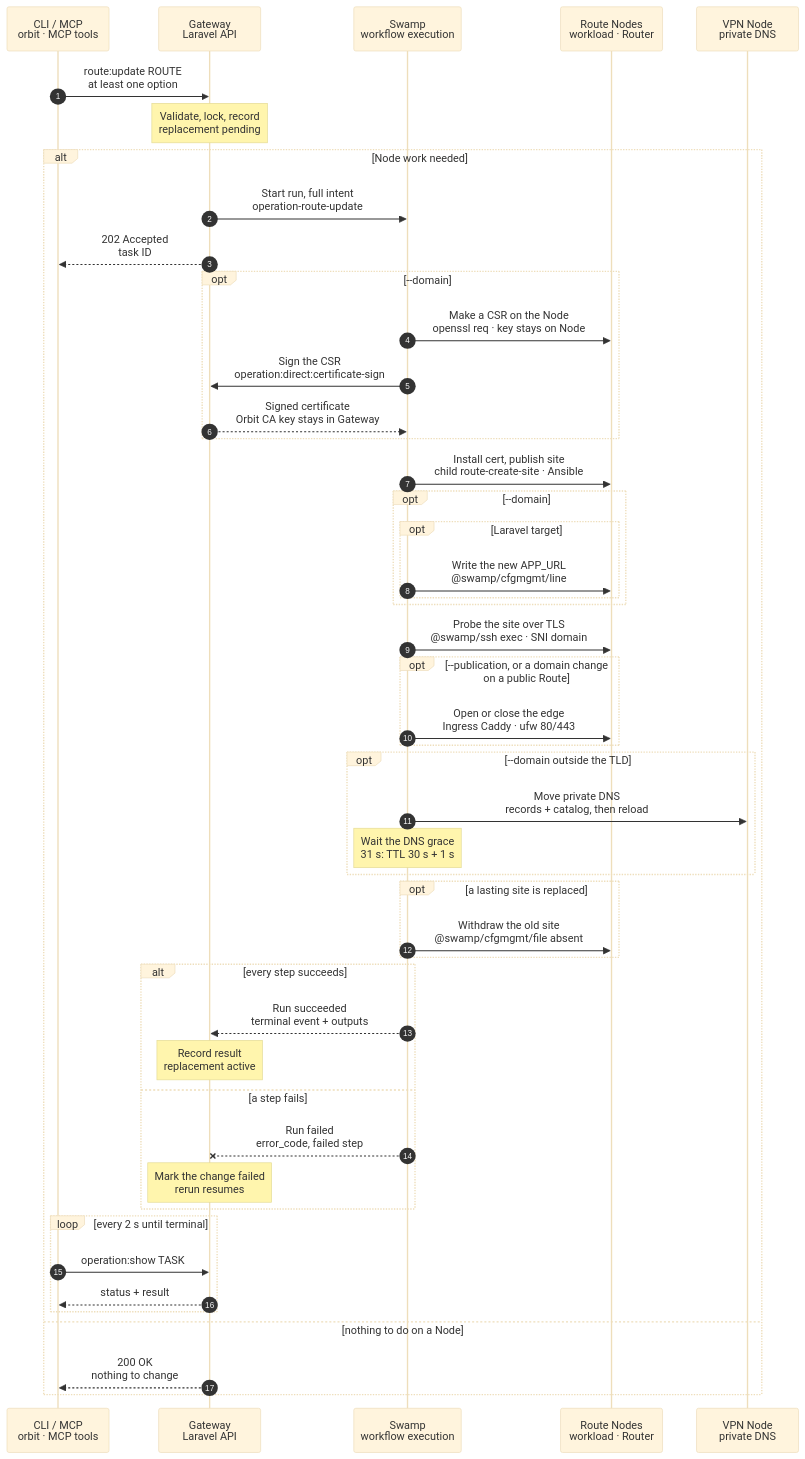
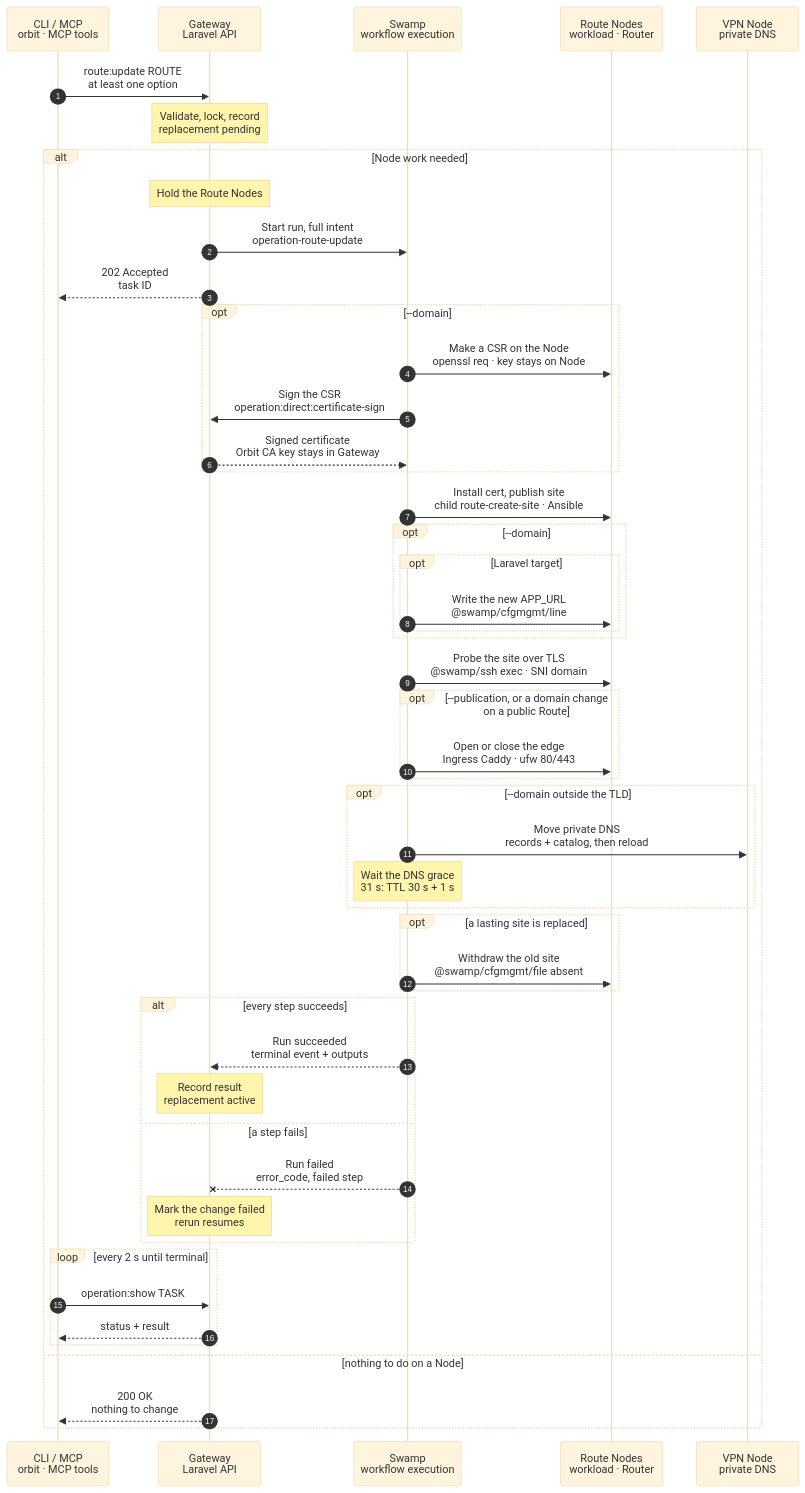
Before and after one commit to hardimpactdev/orbit: the diagram in docs/cli/route/update.mmd, drawn with Mermaid (base theme). The commit also changed 16 other files, not shown here.

First line of the commit message:
feat(routes): the Gateway holds each Route-serving Node from admission to the terminal state

```diff
--- a/docs/cli/route/update.mmd
+++ b/docs/cli/route/update.mmd
@@ -1,102 +1,112 @@
 sequenceDiagram
+  %% Decided by the orchestrator, for Nick's review (2026-11-06): the Gateway holds each Route-serving Node from admission to the terminal state; a second Route write on it waits (docs/reference/routes.md#coordinate-publication).
   %% Target design: ADR 0244 task, one Swamp run, certificate signing is the one step-to-Gateway call. docs/reference/routes.md#change-an-explicit-domain.
   %% Decided by the orchestrator, for Nick's review (2026-11-06): the Node work of the site child is one Ansible phase (see route:create).
   %% status: draft
   %% command: route:update
   %% kind: route.update
   autonumber
   %% lane CLI icon=terminal pill=caller tone=gray
   %% lane GW icon=gateway pill=intent tone=blue
   %% lane SW icon=workflow pill=executes tone=green
   %% lane N icon=server pill=target tone=amber
   %% lane V icon=server pill=target tone=purple
   participant CLI as CLI / MCP<br/>orbit · MCP tools
   participant GW as Gateway<br/>Laravel API
   participant SW as Swamp<br/>workflow execution
   participant N as Route Nodes<br/>workload · Router
   participant V as VPN Node<br/>private DNS
   CLI->>GW: route:update ROUTE<br/>at least one option
   %%> Command:
   %%> - `orbit route:update ROUTE --domain=DOMAIN`
   %%> - syntax: `<route> [--domain=DOMAIN] [--publication=private|public] [--web-root=PATH] [--json]`
   %%> Input:
   %%> - the Route and at least one change; `--web-root` is separate from the others
   %%> Who can call it:
   %%> - the `orbit` CLI and the MCP tool send the same request
   Note over GW: Validate, lock, record<br/>replacement pending
   %%> Requirements:
   %%> - the calling Node has an access grant to the Route's Node, or to any member Node for a Cluster-scoped Route
   %%> - the Route is an app Route (`route.kind_unsupported`); a generated Route cannot change its domain (`route.domain_immutable`); a Route with a web root keeps its domain (`route.web_root_domain_immutable`)
   %%> - the new domain is free and not reserved (`route.domain_conflict`), and no other domain change runs (`route.domain_change_conflict`)
   %%> - public publication needs production targets (`route.reconciliation_required`)
   %%> - no other operation holds the projection lock; Orbit waits up to 30 seconds, then refuses with `app-dev.projection_busy`
   %%> Result:
   %%> - a domain change records a replacement Route as `pending`; the current Route stays authoritative until the cutover
   alt Node work needed
+    Note over GW: Hold the Route Nodes
+    %%> What it does:
+    %%> - holds each Node that serves this Route's site (Caddy and PHP) from admission to the terminal state
+    %%> - a second Route write on one of those Nodes waits (task status `waiting`) and starts when the Node is free, oldest first
+    %%> Not held:
+    %%> - the DNS Node: its records are keyed, and the apply phase refuses a file that changed since the read
+    %%> Limit:
+    %%> - two Route writes on one Node run one after the other, so each waits for the other's whole run
+    %%> - a task that waits starts from the Node's live files; a site block that matches none of its captured states still stops it with `owned_revision_conflict`
     GW->>SW: Start run, full intent<br/>operation-route-update
     GW-->>CLI: 202 Accepted<br/>task ID
     %%> What you get:
     %%> - the task ID, at once
     %%> Next:
     %%> - the CLI follows the task with `operation:show`
     opt --domain
       SW->>N: Make a CSR on the Node<br/>openssl req · key stays on Node
       SW->>GW: Sign the CSR<br/>operation:direct:certificate-sign
       %%> Why a call to the Gateway:
       %%> - certificate signing is the one allowed step-to-Gateway call; the Orbit CA stays in the Gateway
       GW-->>SW: Signed certificate<br/>Orbit CA key stays in Gateway
     end
     SW->>N: Install cert, publish site<br/>child route-create-site · Ansible
     %%> What it does:
     %%> - publishes the replacement site beside the old one; Caddy reloads after validation
     %%> - for `--web-root`, prepares the workload for the new root (Caddy access, PHP pool) and publishes with it
     opt --domain
       opt Laravel target
         SW->>N: Write the new APP_URL<br/>@swamp/cfgmgmt/line
       end
     end
     SW->>N: Probe the site over TLS<br/>@swamp/ssh exec · SNI domain
     %%> Why:
     %%> - the probe verifies the hostname and the Orbit CA; an application HTTP error does not fail it, and a failed probe stops the cutover
     opt --publication, or a domain change on a public Route
       SW->>N: Open or close the edge<br/>Ingress Caddy · ufw 80/443
     end
     opt --domain outside the TLD
       SW->>V: Move private DNS<br/>records + catalog, then reload
       Note over SW: Wait the DNS grace<br/>31 s: TTL 30 s + 1 s
       %%> Why:
       %%> - the old DNS answer has 31 seconds to expire before the old site is withdrawn
     end
     opt a lasting site is replaced
       SW->>N: Withdraw the old site<br/>@swamp/cfgmgmt/file absent
     end
     alt every step succeeds
       SW-->>GW: Run succeeded<br/>terminal event + outputs
       Note over GW: Record result<br/>replacement active
       %%> Result:
       %%> - a domain change makes the replacement Route active and deletes the old one; a publication-only or web-root change keeps the Route ID
     else a step fails
       SW--xGW: Run failed<br/>error_code, failed step
       Note over GW: Mark the change failed<br/>rerun resumes
       %%> Result before the cutover:
       %%> - the old Route stays authoritative and the replacement is `failed`; a failed Caddy validation leaves the candidate file and stops the reload
       %%> Result after the cutover:
       %%> - a failure in the DNS grace or the old site's withdrawal leaves the replacement authoritative and the old Route `retiring`; a rerun finishes the withdrawal
       %%> What `route:show` shows:
       %%> - for a domain change, both Routes with `replacement_step`, `failed_step` and `error_code`; otherwise the one Route with `failed_step` and `error_code`
       %%> On the Nodes:
       %%> - finished steps stay; there is no rollback
       %%> Retry:
       %%> - run the same request again to resume; a different domain or publication request changes nothing
     end
     loop every 2 s until terminal
       CLI->>GW: operation:show TASK
       GW-->>CLI: status + result
     end
   else nothing to do on a Node
     GW-->>CLI: 200 OK<br/>nothing to change
     %%> When:
     %%> - the domain, publication or web root already has the requested value, or the Route is not yet published, so the replacement is created at once
     %%> Skipped:
     %%> - an identical request is reported as `Skipped — nothing to change (route.update_unchanged)`; no run starts
   end
```
